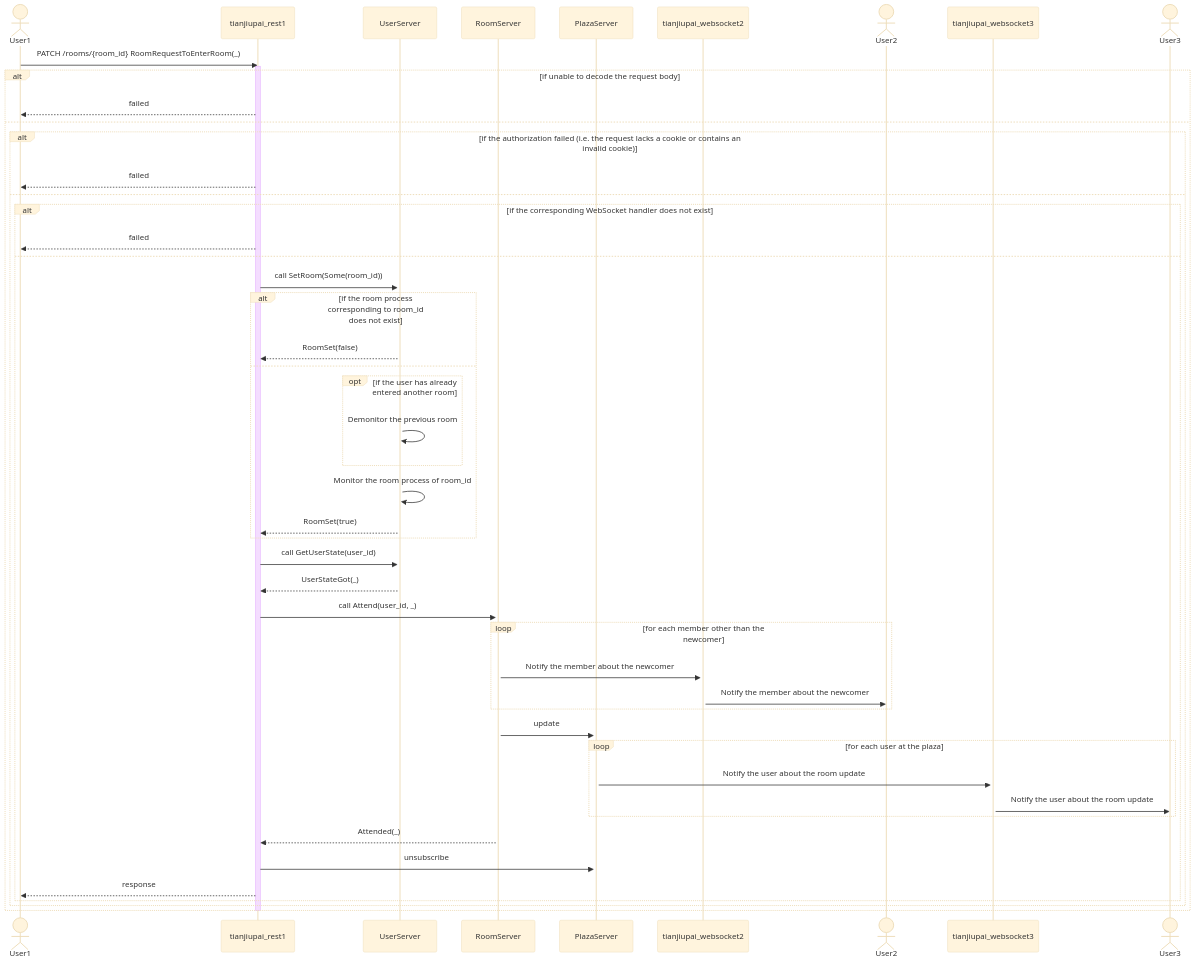
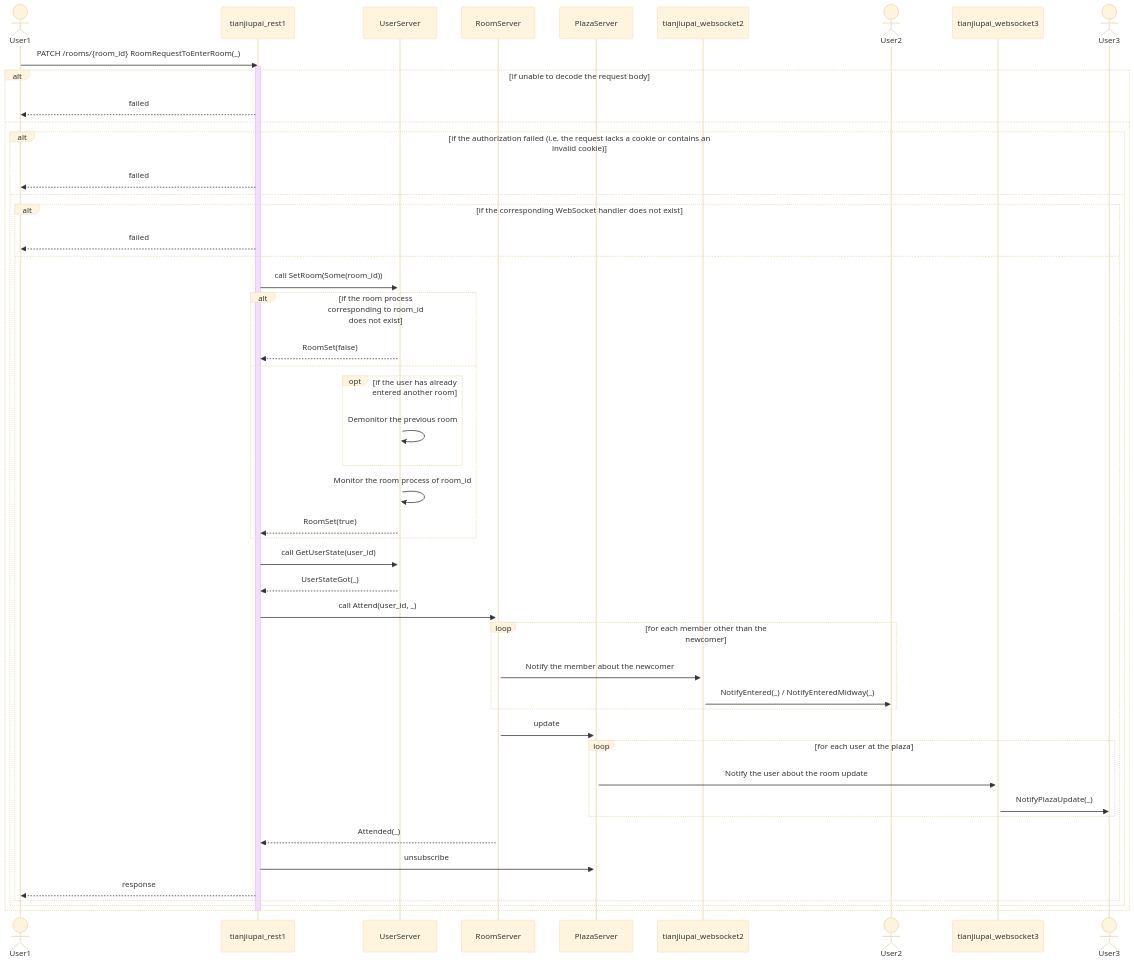
The third of 8 diagrams in docs/ARCHITECTURE.md (gfngfn/game_tianjiupai), drawn with Mermaid (base theme) before and after one commit. The commit also changed other lines of this file, not shown here.

Commit message:
add some sequence diagrams to docs (7)

````diff
--- a/docs/ARCHITECTURE.md
+++ b/docs/ARCHITECTURE.md
@@ -90,58 +90,58 @@
 ```mermaid
 sequenceDiagram
   actor User1
   participant tianjiupai_rest1
   participant UserServer
   participant RoomServer
   participant PlazaServer
   participant tianjiupai_websocket2
   actor User2
   participant tianjiupai_websocket3
   actor User3
   activate UserServer
   activate RoomServer
   activate PlazaServer
   activate tianjiupai_websocket2
   activate tianjiupai_websocket3
 
   User1 ->> tianjiupai_rest1 : PATCH /rooms/{room_id} RoomRequestToEnterRoom(_)
   activate tianjiupai_rest1
   alt if unable to decode the request body
     tianjiupai_rest1 -->> User1 : failed
   else
     alt if the authorization failed (i.e. the request lacks a cookie or contains an invalid cookie)
       tianjiupai_rest1 -->> User1 : failed
     else
       alt if the corresponding WebSocket handler does not exist
         tianjiupai_rest1 -->> User1 : failed
       else
         tianjiupai_rest1 ->> UserServer : call SetRoom(Some(room_id))
         alt if the room process corresponding to room_id does not exist
           UserServer -->> tianjiupai_rest1 : RoomSet(false)
         else
           opt if the user has already entered another room
             UserServer ->> UserServer : Demonitor the previous room
           end
           UserServer ->> UserServer : Monitor the room process of room_id
           UserServer -->> tianjiupai_rest1 : RoomSet(true)
         end
         tianjiupai_rest1 ->> UserServer : call GetUserState(user_id)
         UserServer -->> tianjiupai_rest1 : UserStateGot(_)
         tianjiupai_rest1 ->> RoomServer : call Attend(user_id, _)
         loop for each member other than the newcomer
           RoomServer ->> tianjiupai_websocket2 : Notify the member about the newcomer
-          tianjiupai_websocket2 ->> User2 : Notify the member about the newcomer
+          tianjiupai_websocket2 ->> User2 : NotifyEntered(_) / NotifyEnteredMidway(_)
         end
         RoomServer ->> PlazaServer : update
         loop for each user at the plaza
           PlazaServer ->> tianjiupai_websocket3 : Notify the user about the room update
-          tianjiupai_websocket3 ->> User3 : Notify the user about the room update
+          tianjiupai_websocket3 ->> User3 : NotifyPlazaUpdate(_)
         end
         RoomServer -->> tianjiupai_rest1 : Attended(_)
         tianjiupai_rest1 ->> PlazaServer : unsubscribe
         tianjiupai_rest1 -->> User1 : response
       end
     end
   end
   deactivate tianjiupai_rest1
 ```
````
